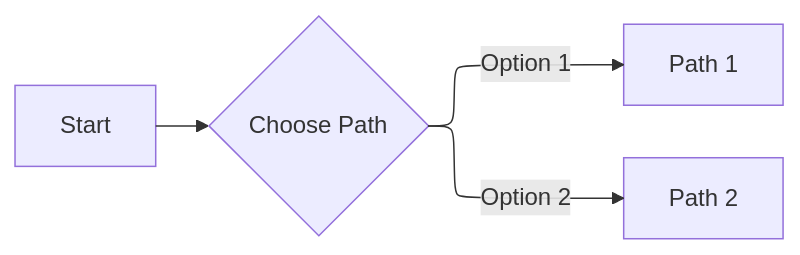
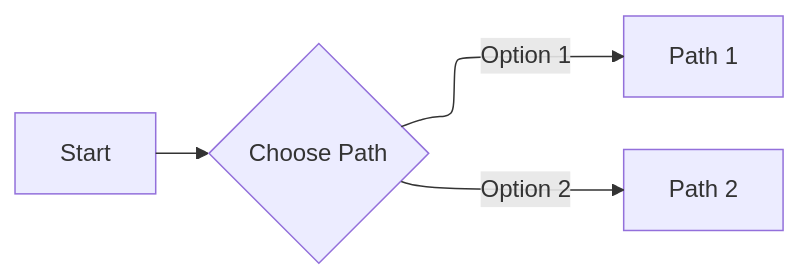
The second of 2 diagrams in skills/documentation/mermaid/references/parsing-config-looks-and-layouts.md (Kitsune-27295/Dev.-DBs-Skills), drawn with Mermaid before and after one commit. The commit also changed other lines of this file and 64 other files, not shown here.

````diff
--- a/skills/documentation/mermaid/references/parsing-config-looks-and-layouts.md
+++ b/skills/documentation/mermaid/references/parsing-config-looks-and-layouts.md
@@ -43,13 +42,10 @@
 ```mermaid
 ---
 config:
   layout: elk
-  elk:
-    mergeEdges: true
-    nodePlacementStrategy: LINEAR_SEGMENTS
 ---
 flowchart LR
   A[Start] --> B{Choose Path}
   B -->|Option 1| C[Path 1]
   B -->|Option 2| D[Path 2]
 ```
````
